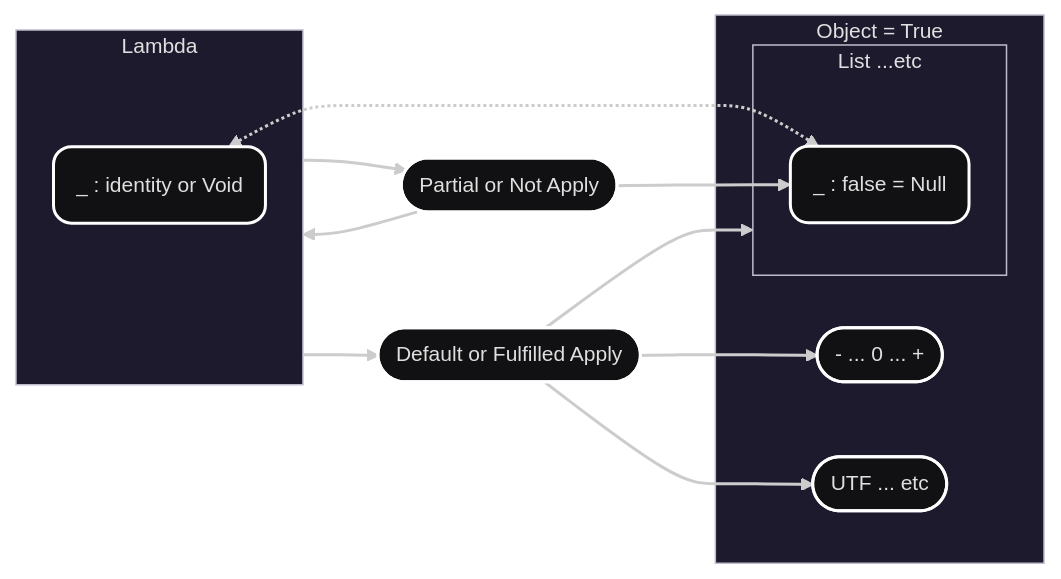
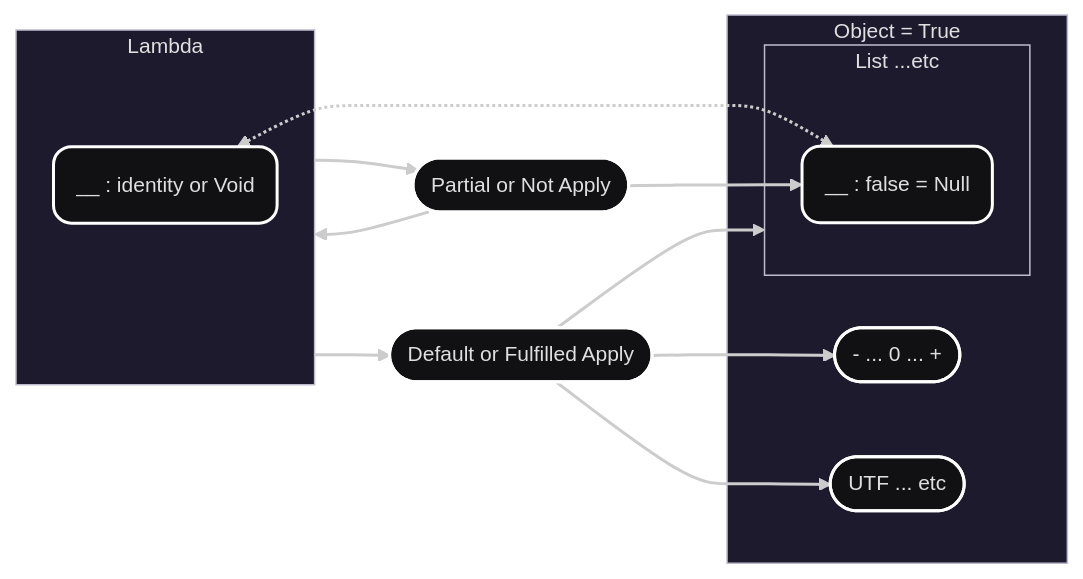
The first of 2 diagrams in README.md (et-key/sign), drawn with Mermaid before and after one commit.

Commit message:
update : README.md

````diff
--- a/README.md
+++ b/README.md
@@ -37,28 +37,28 @@
 ```mermaid
 ---
 config:
   theme: redux-dark
 ---
 graph LR
 
 subgraph Lambda
-        identity( _ : identity or Void )
+        identity( __ : identity or Void )
 end
 
 subgraph Object[ Object = True ]
     Number([ - ... 0 ... +])
     Letter([ UTF ... etc])
 
     subgraph List [ List ...etc ]
-        False( _ : false = Null)
+        False( __ : false = Null)
     end
 end
 
 Apply([ Default or Fulfilled Apply ])
 Partial([ Partial or Not Apply ])
 
 identity <-.-> False
 Lambda --> Partial & Apply
 Partial --> False & Lambda
 Apply --> List & Number & Letter
 ```
````
